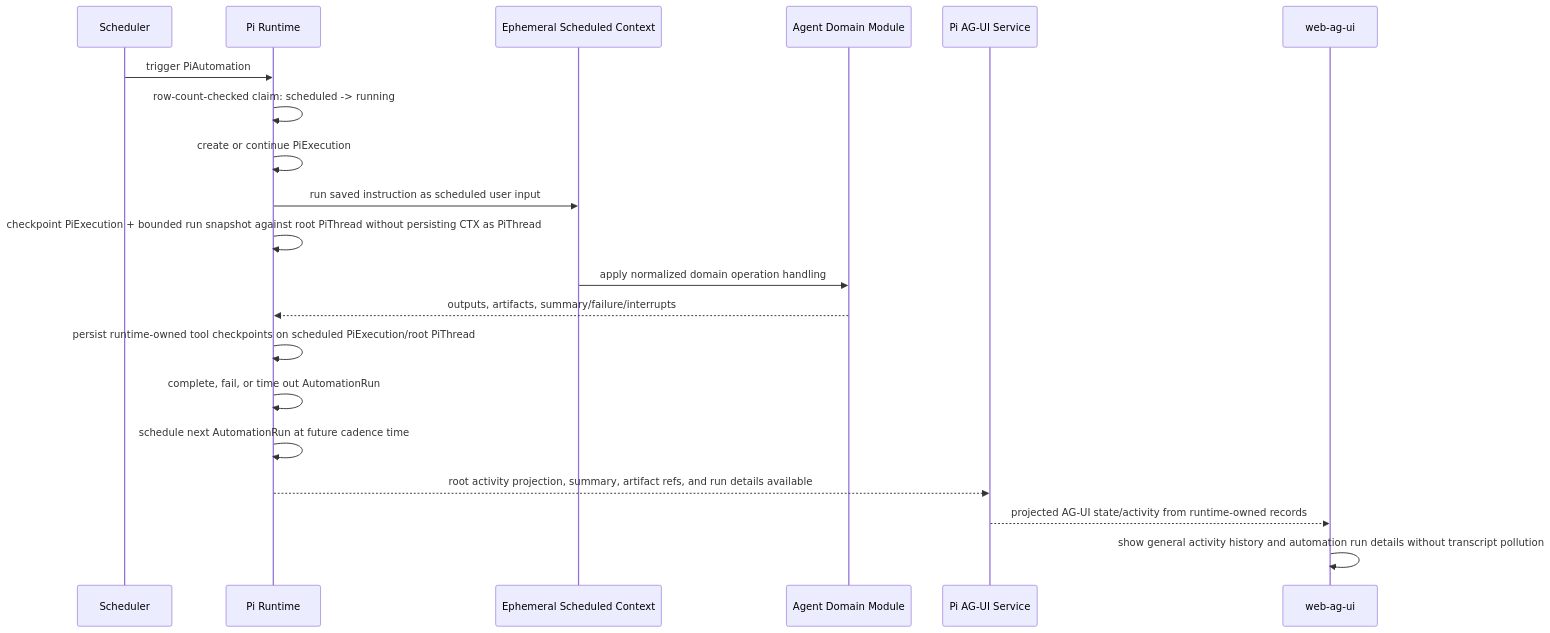
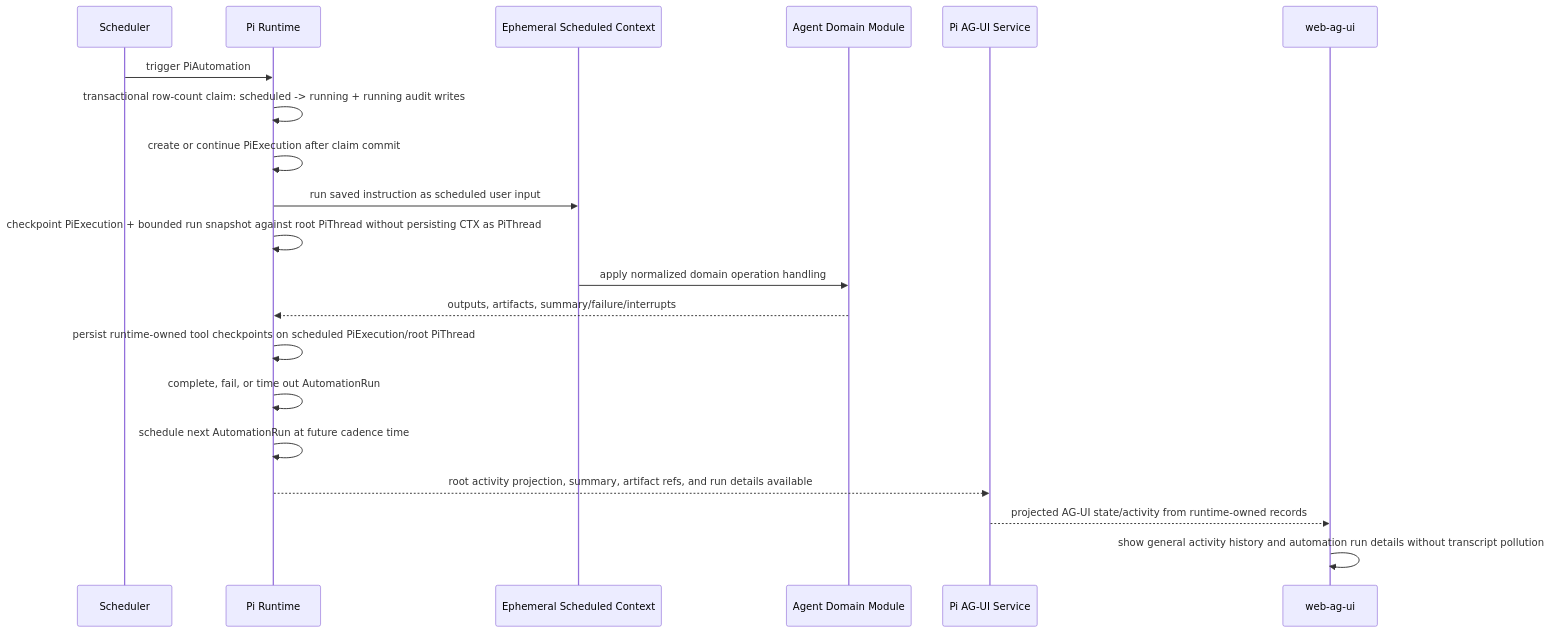
One commit to EmberAGI/arbitrum-vibekit changed the sixth of 7 diagrams in typescript/clients/web-ag-ui/docs/c4-pi-runtime-architecture-and-boundaries.md. Above: the diagram before and after it, drawn with Mermaid. The commit also changed 8 other files, not shown here.

Commit message:
fix(agent-runtime): make scheduled claims transactional

````diff
--- a/typescript/clients/web-ag-ui/docs/c4-pi-runtime-architecture-and-boundaries.md
+++ b/typescript/clients/web-ag-ui/docs/c4-pi-runtime-architecture-and-boundaries.md
@@ -339,23 +339,23 @@
 ```mermaid
 sequenceDiagram
   participant SCH as Scheduler
   participant RT as Pi Runtime
   participant CTX as Ephemeral Scheduled Context
   participant DM as Agent Domain Module
   participant AG as Pi AG-UI Service
   participant Web as web-ag-ui
 
   SCH->>RT: trigger PiAutomation
-  RT->>RT: row-count-checked claim: scheduled -> running
-  RT->>RT: create or continue PiExecution
+  RT->>RT: transactional row-count claim: scheduled -> running + running audit writes
+  RT->>RT: create or continue PiExecution after claim commit
   RT->>CTX: run saved instruction as scheduled user input
   RT->>RT: checkpoint PiExecution + bounded run snapshot against root PiThread without persisting CTX as PiThread
   CTX->>DM: apply normalized domain operation handling
   DM-->>RT: outputs, artifacts, summary/failure/interrupts
   RT->>RT: persist runtime-owned tool checkpoints on scheduled PiExecution/root PiThread
   RT->>RT: complete, fail, or time out AutomationRun
   RT->>RT: schedule next AutomationRun at future cadence time
   RT-->>AG: root activity projection, summary, artifact refs, and run details available
   AG-->>Web: projected AG-UI state/activity from runtime-owned records
   Web->>Web: show general activity history and automation run details without transcript pollution
 ```
````
